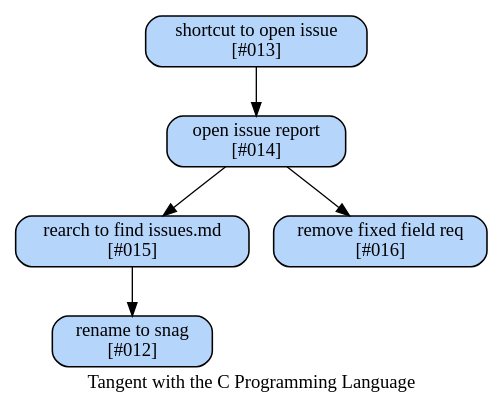
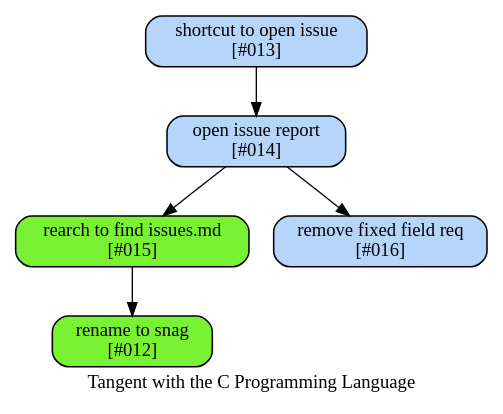
Before and after one commit to hipe/tmx: the diagram in lib/skylab/snag/doc/issues.dot, drawn with Graphviz. The commit also changed 5 other files, not shown here.

First line of the commit message:
[#snag-013.015-rearch-to-find-issues]

```diff
--- a/lib/skylab/snag/doc/issues.dot
+++ b/lib/skylab/snag/doc/issues.dot
@@ -1,30 +1,34 @@
 # created by tan-man on 2013-01-02 04:33:31 UTC
 
 digraph {
 
 /*
   example stmt_list:
     foo -> bar
     biff -> baz
 
   example node_stmt:
     learn_c [label="learn C somehow"]
 */
 
+
+
+label="Tangent with the C Programming Language"
+
+node [label="\N", style="filled", fillcolor="#b5d5fb", fontname="Futura", penwidth="1.1566", shape="Mrecord"]
+
+# #todo something is borked about these in their positioning in the file
 #                 blue : fillcolor="#b5d5fb"
 #             finished : green
 #                green : fillcolor="#79f233"
 
-label="Tangent with the C Programming Language"
-
-node [label="\N", style="filled", fillcolor="#b5d5fb", fontname="Futura", penwidth="1.1566", shape="Mrecord"]
 open [label="open issue report\n[#014]"]
-rearch [label="rearch to find issues.md\n[#015]"]
+rearch [fillcolor="#79f233", label="rearch to find issues.md\n[#015]"]
 remove [label="remove fixed field req\n[#016]"]
-rename [label="rename to snag\n[#012]"]
+rename [fillcolor="#79f233", label="rename to snag\n[#012]"]
 shortcut [label="shortcut to open issue\n[#013]"]
 open -> rearch
 open -> remove
 rearch -> rename
 shortcut -> open
 }
```
